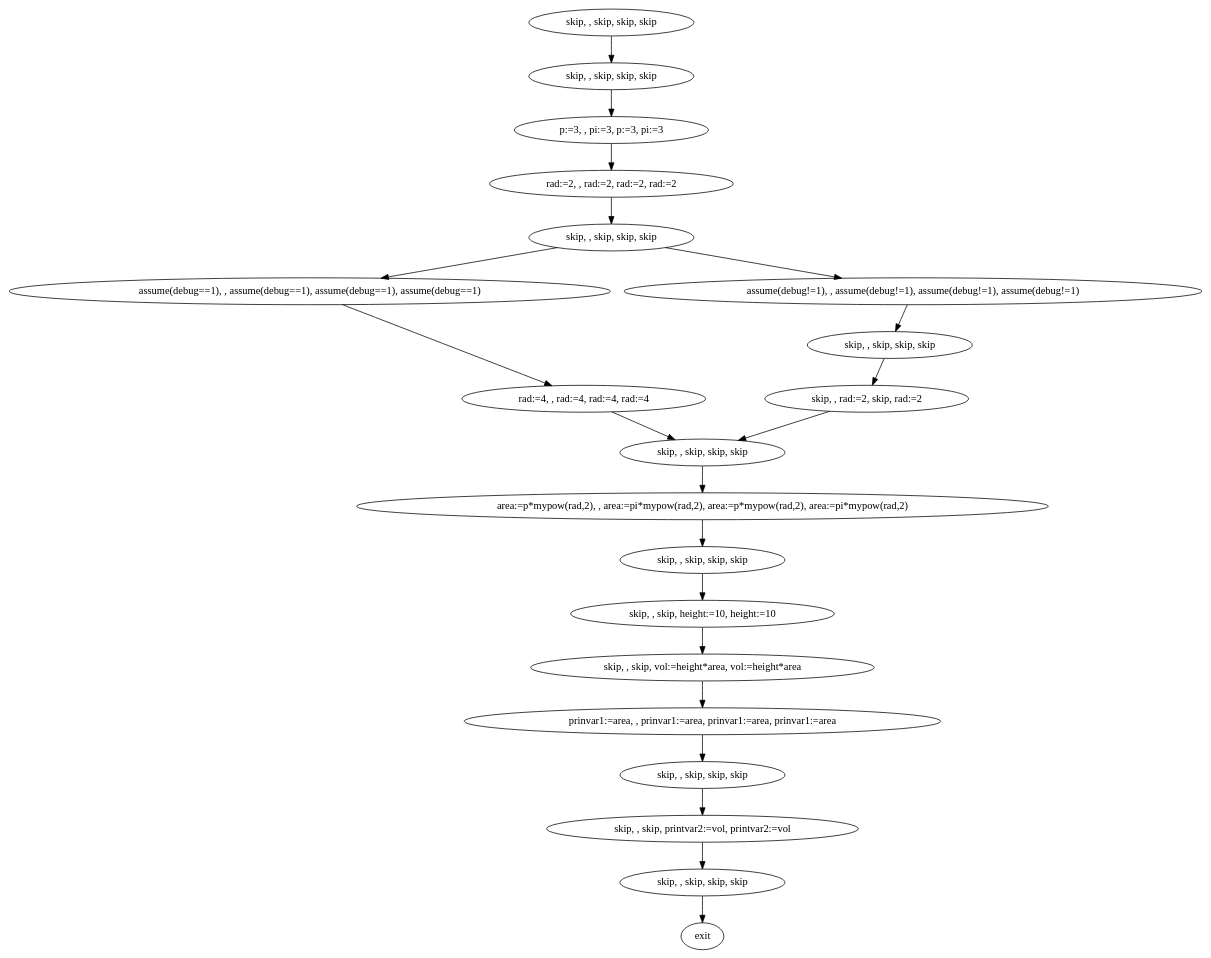
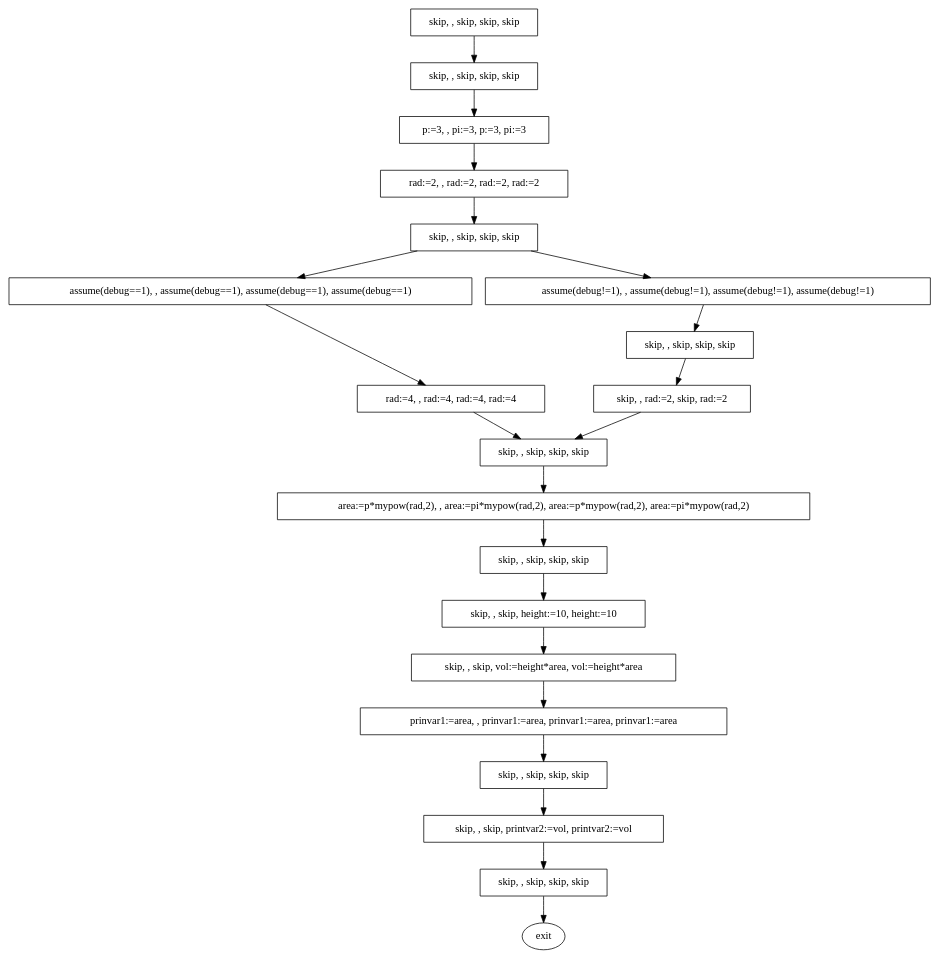
One commit to marcelosousa/safemerge changed the diagram in examples/reps/ex1/t.dot. Above: the diagram before and after it, drawn with Graphviz. The commit also changed 2 other files, not shown here.

```diff
--- a/examples/reps/ex1/t.dot
+++ b/examples/reps/ex1/t.dot
@@ -1,41 +1,41 @@
 digraph product {
-n0 [label="rad:=2, , rad:=2, rad:=2, rad:=2"]
+n0 [label="rad:=2, , rad:=2, rad:=2, rad:=2", shape=box]
 n0 -> n1
-n00 [label="skip, , skip, skip, skip"]
+n00 [label="skip, , skip, skip, skip", shape=box]
 n00 -> n00_a
-n00_a [label="p:=3, , pi:=3, p:=3, pi:=3"]
+n00_a [label="p:=3, , pi:=3, p:=3, pi:=3", shape=box]
 n00_a -> n0
-n1 [label="skip, , skip, skip, skip"]
+n1 [label="skip, , skip, skip, skip", shape=box]
 n1 -> n2
 n1 -> n3
-n2 [label="assume(debug==1), , assume(debug==1), assume(debug==1), assume(debug==1)"]
+n2 [label="assume(debug==1), , assume(debug==1), assume(debug==1), assume(debug==1)", shape=box]
 n2 -> n21
-n21 [label="rad:=4, , rad:=4, rad:=4, rad:=4"]
+n21 [label="rad:=4, , rad:=4, rad:=4, rad:=4", shape=box]
 n21 -> n4
-n3 [label="assume(debug!=1), , assume(debug!=1), assume(debug!=1), assume(debug!=1)"]
+n3 [label="assume(debug!=1), , assume(debug!=1), assume(debug!=1), assume(debug!=1)", shape=box]
 n3 -> n31
-n31 [label="skip, , skip, skip, skip"]
+n31 [label="skip, , skip, skip, skip", shape=box]
 n31 -> n31_a
-n31_a [label="skip, , rad:=2, skip, rad:=2"]
+n31_a [label="skip, , rad:=2, skip, rad:=2", shape=box]
 n31_a -> n4
-n4 [label="skip, , skip, skip, skip"]
+n4 [label="skip, , skip, skip, skip", shape=box]
 n4 -> n4_a
-n4_a [label="area:=p*mypow(rad,2), , area:=pi*mypow(rad,2), area:=p*mypow(rad,2), area:=pi*mypow(rad,2)"]
+n4_a [label="area:=p*mypow(rad,2), , area:=pi*mypow(rad,2), area:=p*mypow(rad,2), area:=pi*mypow(rad,2)", shape=box]
 n4_a -> n5
-n5 [label="skip, , skip, skip, skip"]
+n5 [label="skip, , skip, skip, skip", shape=box]
 n5 -> n5_b
-n51 [label="prinvar1:=area, , prinvar1:=area, prinvar1:=area, prinvar1:=area"]
+n51 [label="prinvar1:=area, , prinvar1:=area, prinvar1:=area, prinvar1:=area", shape=box]
 n51 -> n6
-n5_1_b [label="skip, , skip, vol:=height*area, vol:=height*area"]
+n5_1_b [label="skip, , skip, vol:=height*area, vol:=height*area", shape=box]
 n5_1_b -> n51
-n5_b [label="skip, , skip, height:=10, height:=10"]
+n5_b [label="skip, , skip, height:=10, height:=10", shape=box]
 n5_b -> n5_1_b
-n6 [label="skip, , skip, skip, skip"]
+n6 [label="skip, , skip, skip, skip", shape=box]
 n6 -> n6_b
-n61 [label="skip, , skip, skip, skip"]
+n61 [label="skip, , skip, skip, skip", shape=box]
 n61 -> exit
-n6_b [label="skip, , skip, printvar2:=vol, printvar2:=vol"]
+n6_b [label="skip, , skip, printvar2:=vol, printvar2:=vol", shape=box]
 n6_b -> n61
-start [label="skip, , skip, skip, skip"]
+start [label="skip, , skip, skip, skip", shape=box]
 start -> n00
 }
```
